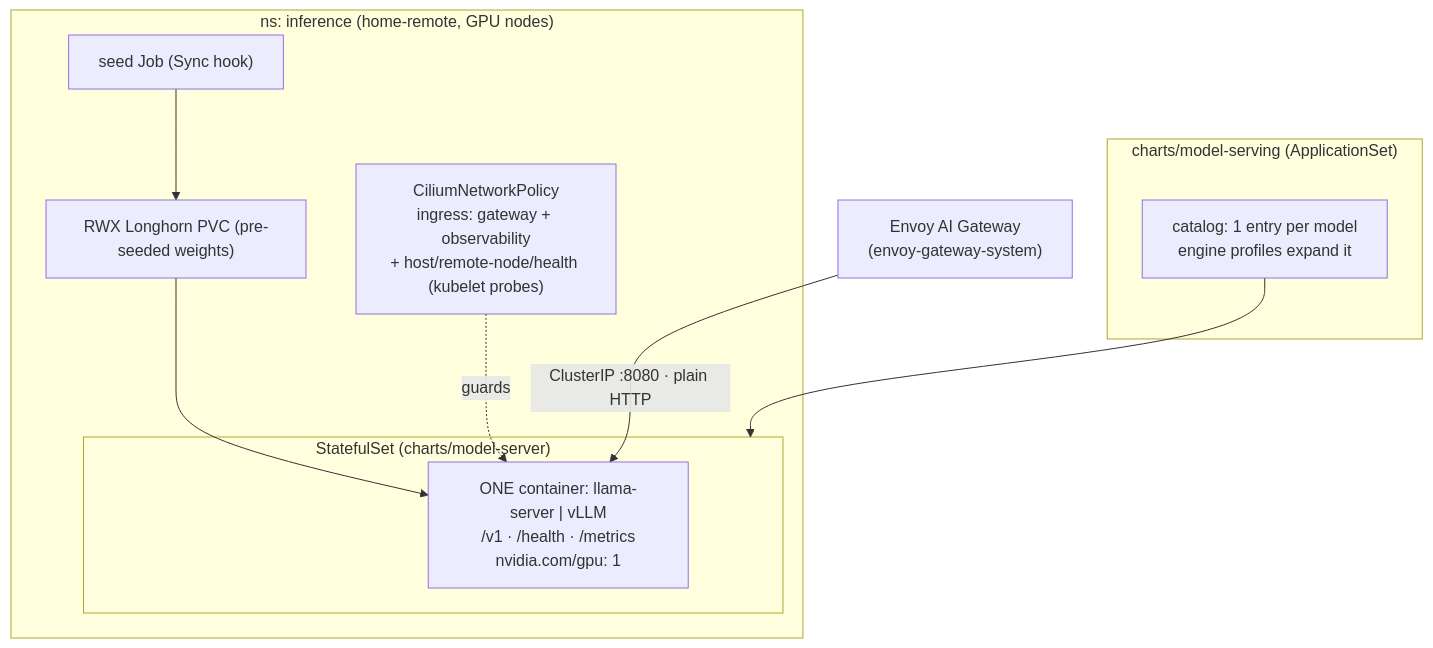
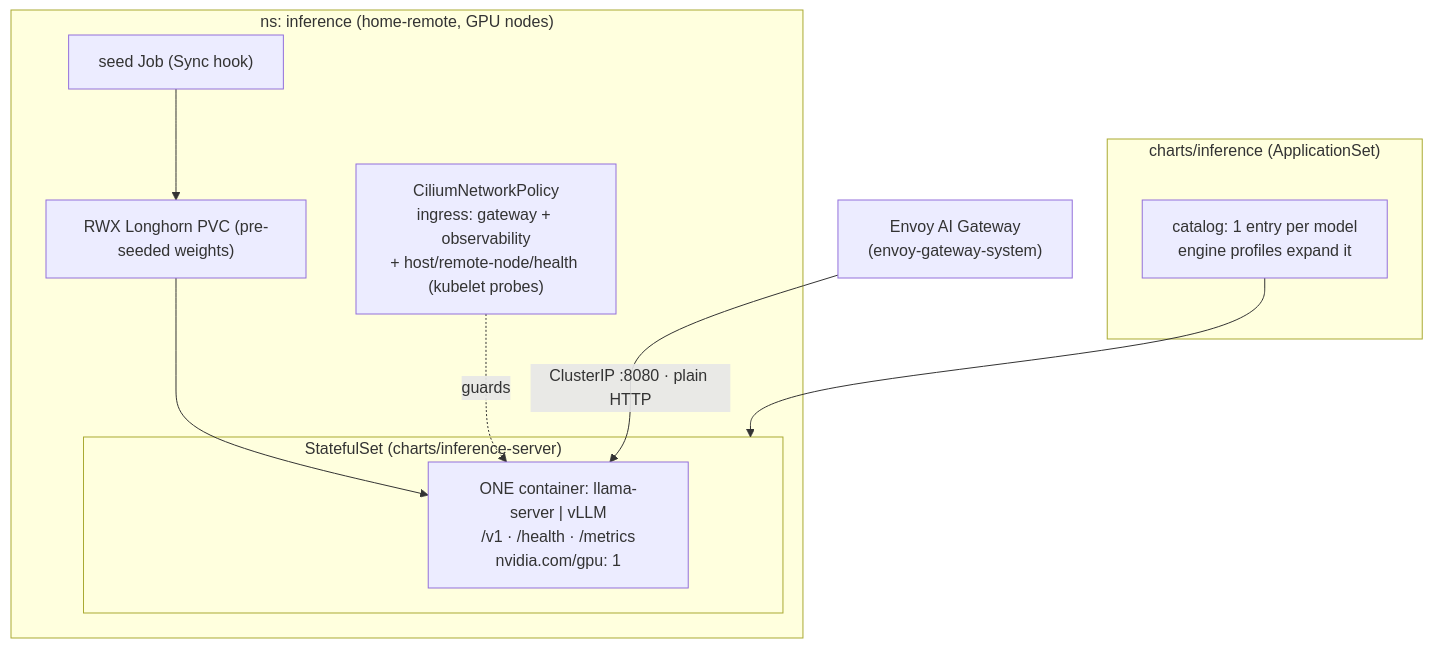
The third of 3 diagrams in docs/architecture/09-model-serving.md (ADORSYS-GIS/ai-helm), drawn with Mermaid before and after one commit. The commit also changed 42 other files, not shown here.

First line of the commit message:
refactor(inference)!: rename model-serving/model-server to inference/inference-server (ADR-0107)

````diff
--- a/docs/architecture/09-model-serving.md
+++ b/docs/architecture/09-model-serving.md
@@ -71,19 +71,19 @@
 ```mermaid
 flowchart TB
-    subgraph orch2["charts/model-serving (ApplicationSet)"]
+    subgraph orch2["charts/inference (ApplicationSet)"]
         CAT["catalog: 1 entry per model<br/>engine profiles expand it"]
     end
     subgraph inf["ns: inference (home-remote, GPU nodes)"]
-        subgraph ss["StatefulSet (charts/model-server)"]
+        subgraph ss["StatefulSet (charts/inference-server)"]
             ENG["ONE container: llama-server | vLLM<br/>/v1 · /health · /metrics<br/>nvidia.com/gpu: 1"]
         end
         PVC["RWX Longhorn PVC (pre-seeded weights)"]
         SEED["seed Job (Sync hook)"]
         CNP["CiliumNetworkPolicy<br/>ingress: gateway + observability<br/>+ host/remote-node/health (kubelet probes)"]
         SEED --> PVC --> ENG
         CNP -.guards.-> ENG
     end
     GW["Envoy AI Gateway<br/>(envoy-gateway-system)"]
     CAT --> ss
     GW -->|"ClusterIP :8080 · plain HTTP"| ENG
 ```
````
